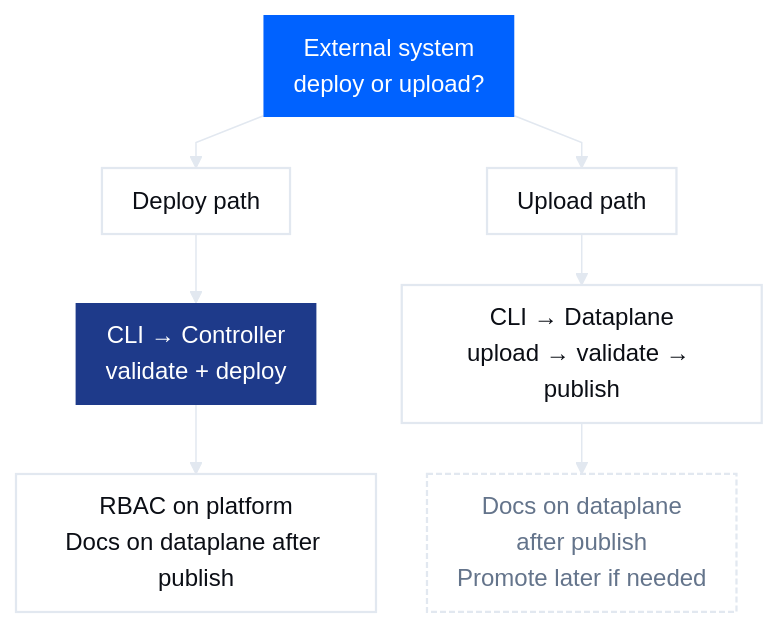
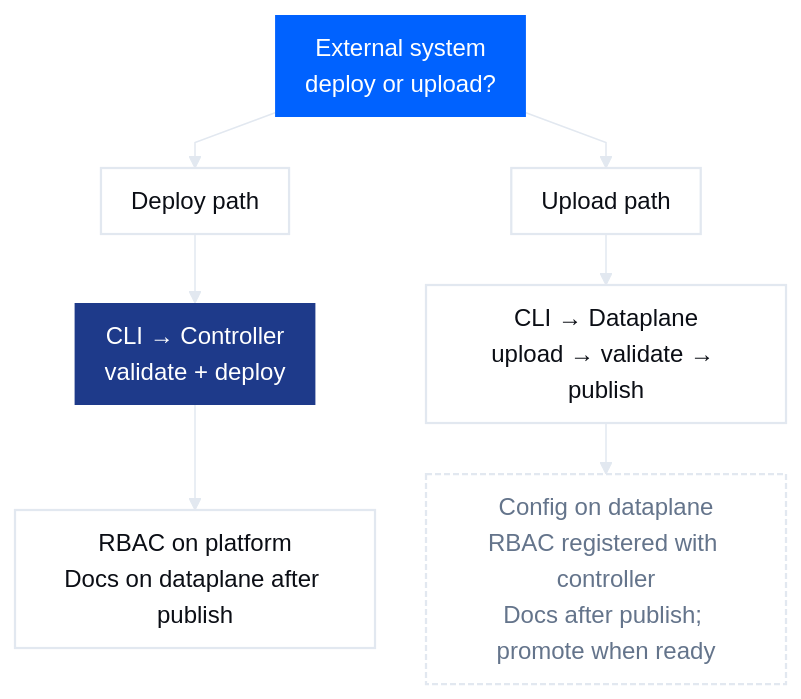
Before and after one commit to esystemsdev/aifabrix-builder: the third of 7 diagrams in docs/deploying.md, drawn with Mermaid. The commit also changed other lines of this file and 9 other files, not shown here.

````diff
--- a/docs/deploying.md
+++ b/docs/deploying.md
@@ -164,44 +166,44 @@
 ```mermaid
 %%{init: {
   "theme": "base",
   "themeVariables": {
     "fontFamily": "Poppins, Arial Rounded MT Bold, Arial, sans-serif",
     "fontSize": "16px",
     "background": "#FFFFFF",
     "primaryColor": "#F8FAFC",
     "primaryTextColor": "#0B0E15",
     "primaryBorderColor": "#E2E8F0",
     "lineColor": "#E2E8F0",
     "textColor": "#0B0E15",
     "subGraphTitleColor": "#64748B",
     "subGraphTitleFontWeight": "500",
     "borderRadius": 16
   },
   "flowchart": {
     "curve": "linear",
     "nodeSpacing": 34,
     "rankSpacing": 34,
     "padding": 10
   }
 }}%%
 
 flowchart TD
 
 %% =======================
 %% Styles
 %% =======================
 classDef base fill:#FFFFFF,color:#0B0E15,stroke:#E2E8F0,stroke-width:1.5px;
 classDef medium fill:#1E3A8A,color:#ffffff,stroke-width:0px;
 classDef primary fill:#0062FF,color:#ffffff,stroke-width:0px;
 classDef note fill:#FFFFFF,color:#64748B,stroke:#E2E8F0,stroke-width:1.5px,stroke-dasharray: 4 2;
 
 %% =======================
 %% Paths
 %% =======================
 Choice[External system<br/>deploy or upload?]:::primary --> DeployPath[Deploy path]:::base
 Choice --> UploadPath[Upload path]:::base
 DeployPath --> ViaController[CLI → Controller<br/>validate + deploy]:::medium
 ViaController --> OutcomeDeploy[RBAC on platform<br/>Docs on dataplane after publish]:::base
 UploadPath --> ViaDataplane[CLI → Dataplane<br/>upload → validate → publish]:::base
-ViaDataplane --> OutcomeUpload[Docs on dataplane<br/>after publish<br/>Promote later if needed]:::note
+ViaDataplane --> OutcomeUpload[Config on dataplane<br/>RBAC registered with controller<br/>Docs after publish; promote when ready]:::note
 ```
````
